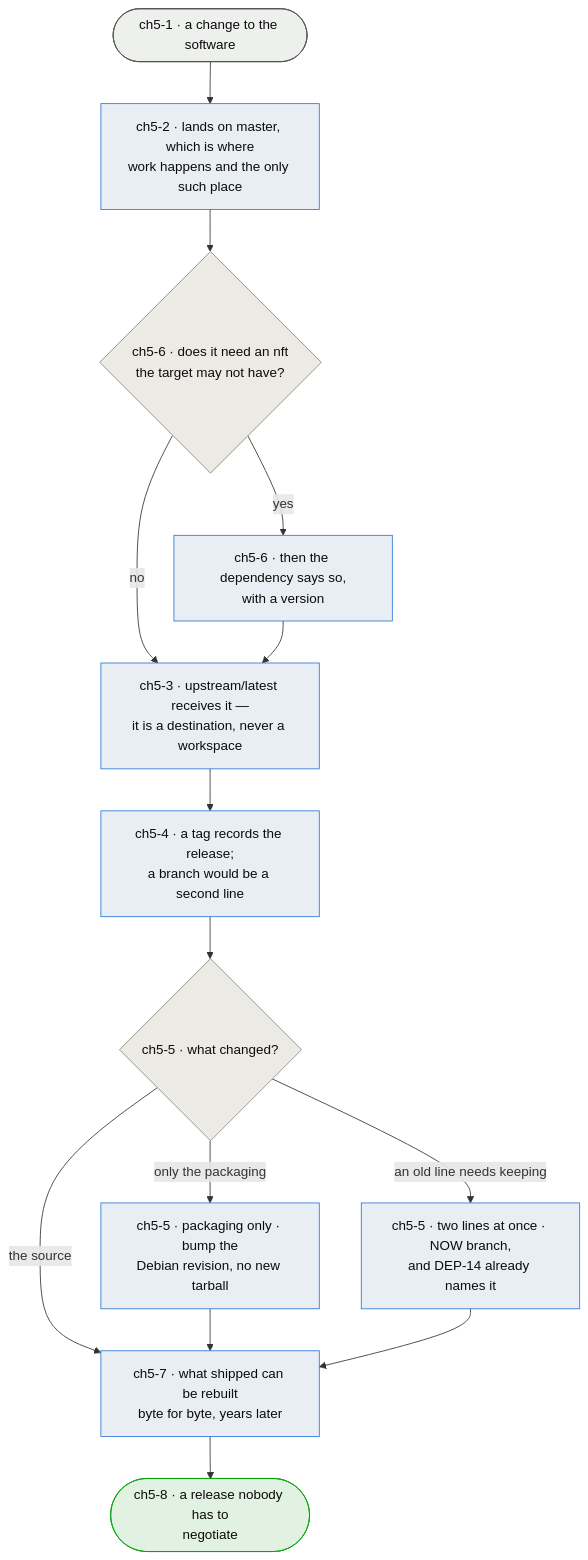
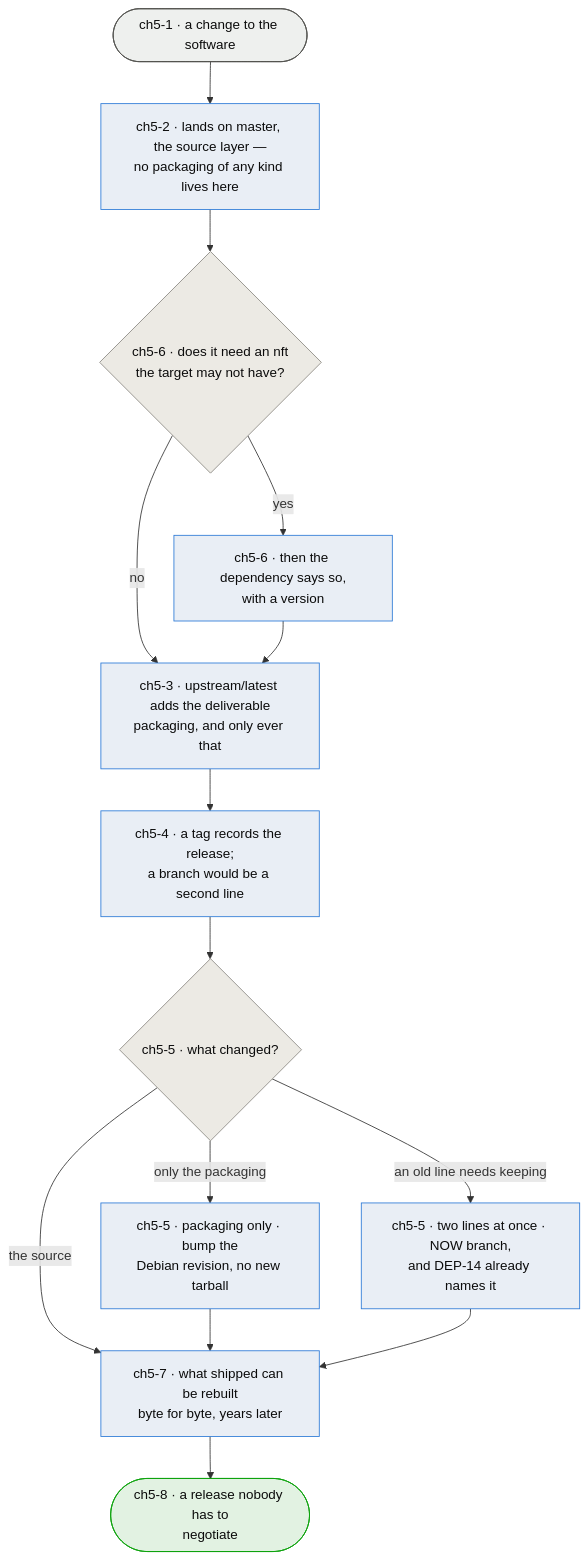
One commit to flattop5377/afirewall changed the diagram in spec/diagrams/chapter-05-release.md. Above: the diagram before and after it, drawn with Mermaid. The commit also changed other lines of this file and 1 other file, not shown here.

````diff
--- a/spec/diagrams/chapter-05-release.md
+++ b/spec/diagrams/chapter-05-release.md
@@ -38,33 +46,33 @@
 ```mermaid
 flowchart TD
     WORK([ch5-1 · a change to the software]):::input
-    MASTER[ch5-2 · lands on master, which is where<br/>work happens and the only such place]:::process
+    MASTER[ch5-2 · lands on master, the source layer —<br/>no packaging of any kind lives here]:::process
     FEAT{ch5-6 · does it need an nft<br/>the target may not have?}:::decision
     DECL[ch5-6 · then the dependency says so,<br/>with a version]:::process
-    UP[ch5-3 · upstream/latest receives it —<br/>it is a destination, never a workspace]:::process
+    UP[ch5-3 · upstream/latest adds the deliverable<br/>packaging, and only ever that]:::process
     TAG[ch5-4 · a tag records the release;<br/>a branch would be a second line]:::process
     AXIS{ch5-5 · what changed?}:::decision
     REV[ch5-5 · packaging only · bump the<br/>Debian revision, no new tarball]:::process
     LINE[ch5-5 · two lines at once · NOW branch,<br/>and DEP-14 already names it]:::process
     REBUILD[ch5-7 · what shipped can be rebuilt<br/>byte for byte, years later]:::process
     OUT([ch5-8 · a release nobody has to<br/>negotiate]):::output
 
     WORK --> MASTER
     MASTER --> FEAT
     FEAT -->|yes| DECL
     FEAT -->|no| UP
     DECL --> UP
     UP --> TAG
     TAG --> AXIS
     AXIS -->|the source| REBUILD
     AXIS -->|only the packaging| REV
     AXIS -->|an old line needs keeping| LINE
     REV --> REBUILD
     LINE --> REBUILD
     REBUILD --> OUT
 
     classDef input fill:#eef0ee,stroke:#52514e,color:#0b0b0b;
     classDef process fill:#e9eef5,stroke:#2a78d6,color:#0b0b0b;
     classDef decision fill:#eceae4,stroke:#898781,color:#0b0b0b;
     classDef output fill:#e2f2e2,stroke:#0ca30c,color:#0b0b0b;
 ```
````
